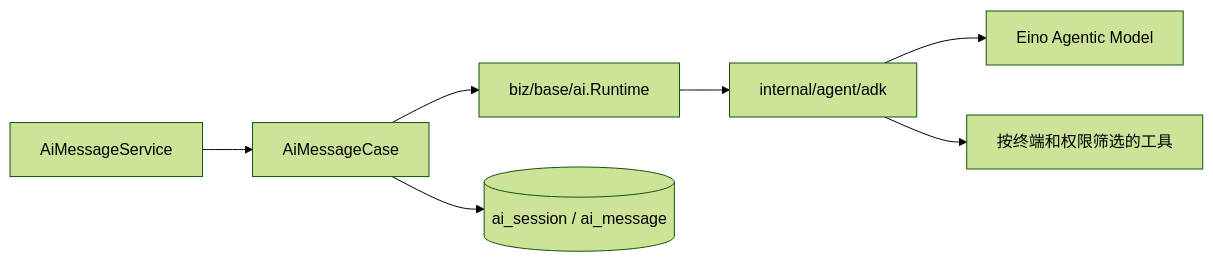
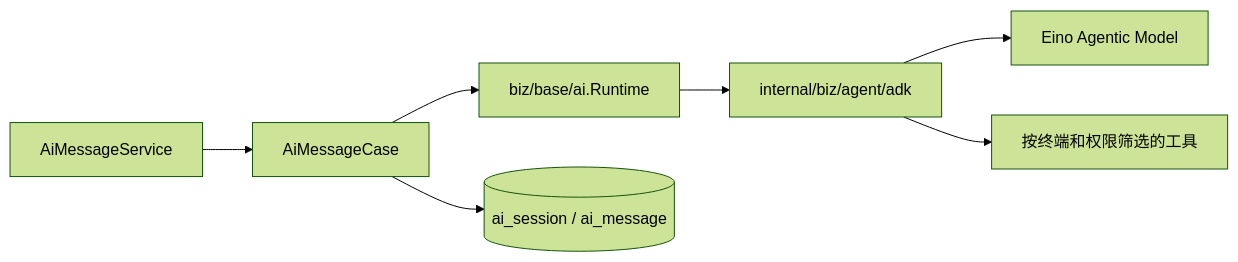
One commit to liujitcn/kratos-admin changed the diagram in docs/AI助手设计.md. Above: the diagram before and after it, drawn with Mermaid (forest theme). The commit also changed other lines of this file and 657 other files, not shown here.

````diff
--- a/docs/AI助手设计.md
+++ b/docs/AI助手设计.md
@@ -29,9 +29,9 @@
 ```mermaid
 flowchart LR
   API["AiMessageService"] --> Case["AiMessageCase"]
   Case --> Runtime["biz/base/ai.Runtime"]
-  Runtime --> ADK["internal/agent/adk"]
+  Runtime --> ADK["internal/biz/agent/adk"]
   ADK --> Model["Eino Agentic Model"]
   ADK --> Tools["按终端和权限筛选的工具"]
   Case --> DB[("ai_session / ai_message")]
 ```
````
